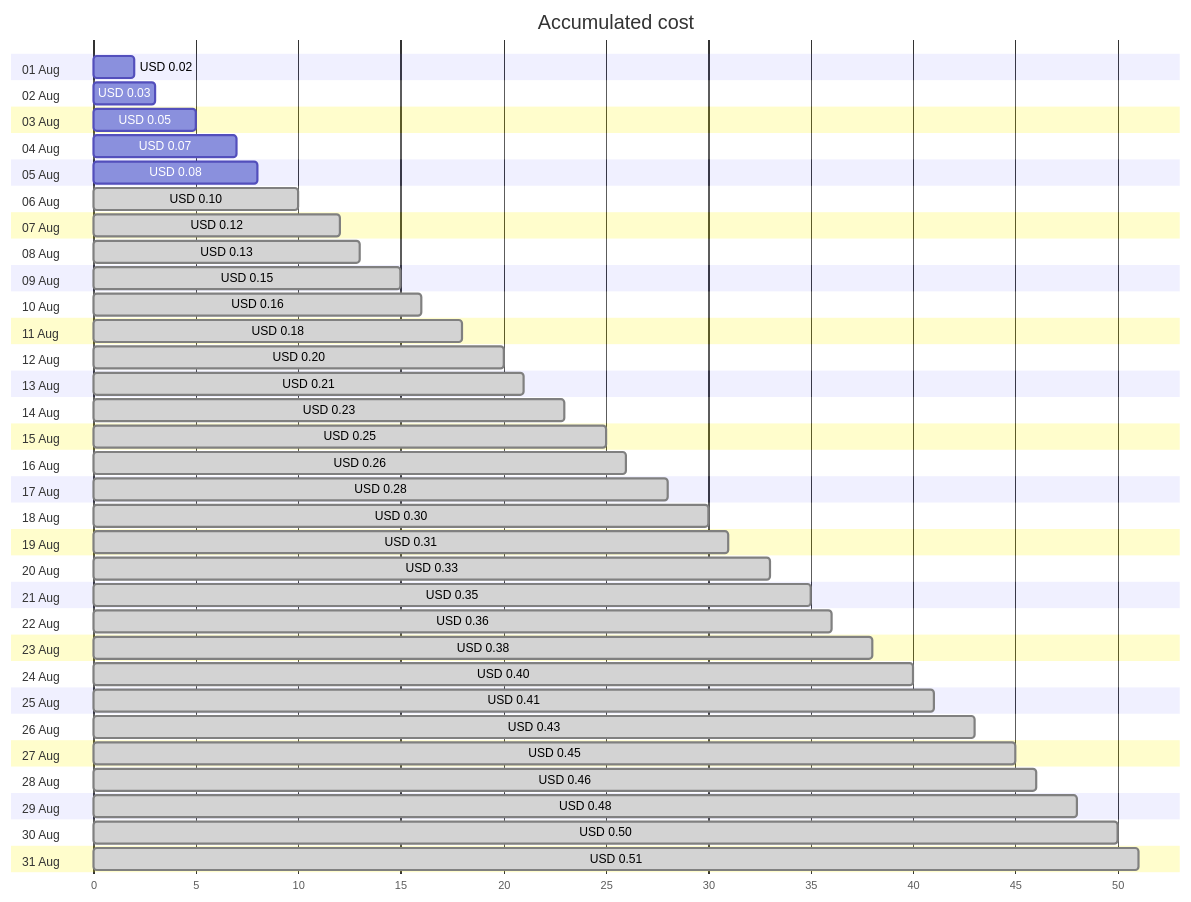
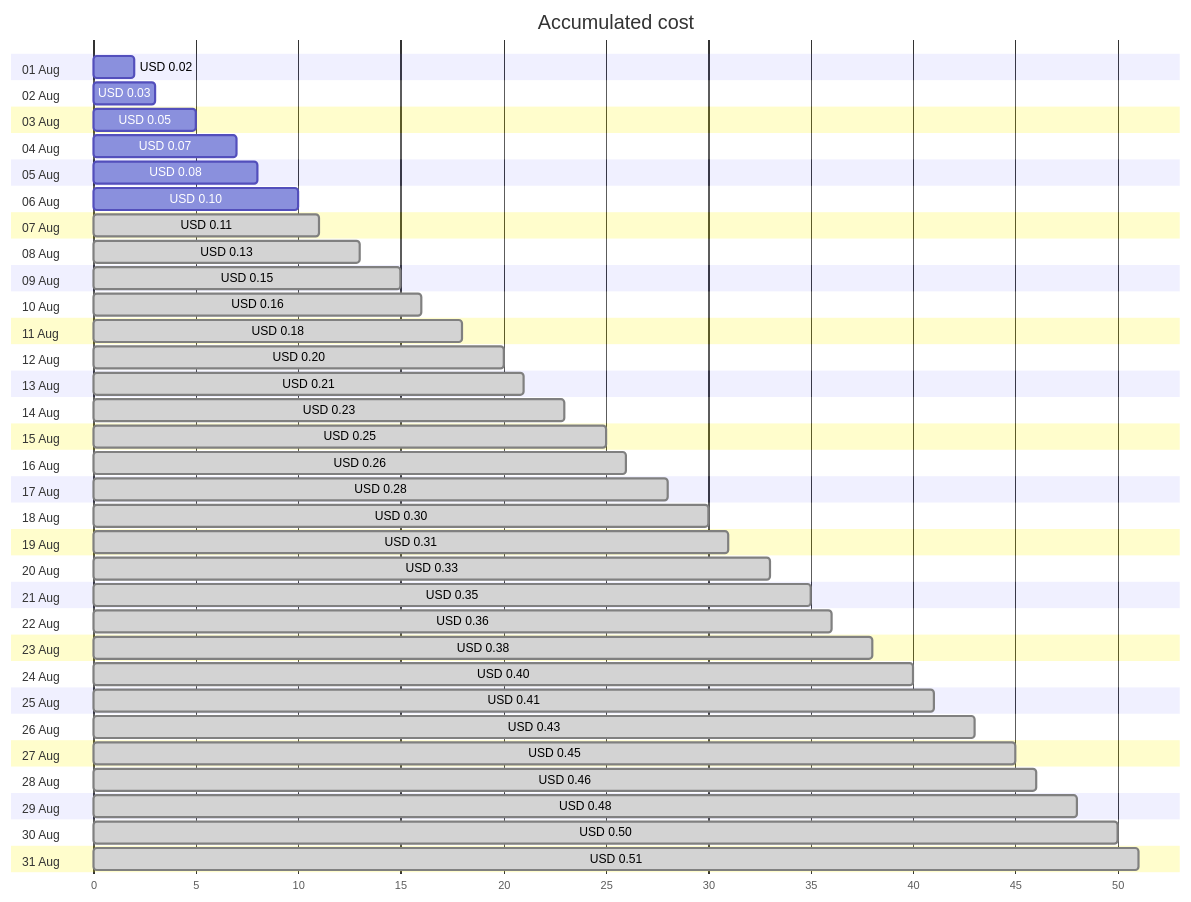
The first of 4 diagrams in cost-reports/personal-dns/jpatrickfulton.dev.md (jpfulton/azure-personal-reports), drawn with Mermaid before and after one commit. The commit also changed other lines of this file and 2 other files, not shown here.

````diff
--- a/cost-reports/personal-dns/jpatrickfulton.dev.md
+++ b/cost-reports/personal-dns/jpatrickfulton.dev.md
@@ -20,68 +20,68 @@
 ```mermaid
 gantt
    title Accumulated cost
    dateFormat  X
    axisFormat %s
    section 01 Aug
    USD 0.02 :0, 2
    section 02 Aug
    USD 0.03 :0, 3
    section 03 Aug
    USD 0.05 :0, 5
    section 04 Aug
    USD 0.07 :0, 7
    section 05 Aug
    USD 0.08 :0, 8
    section 06 Aug
-   USD 0.10 : done, 0, 10
+   USD 0.10 :0, 10
    section 07 Aug
-   USD 0.12 : done, 0, 12
+   USD 0.11 : done, 0, 11
    section 08 Aug
    USD 0.13 : done, 0, 13
    section 09 Aug
    USD 0.15 : done, 0, 15
    section 10 Aug
    USD 0.16 : done, 0, 16
    section 11 Aug
    USD 0.18 : done, 0, 18
    section 12 Aug
    USD 0.20 : done, 0, 20
    section 13 Aug
    USD 0.21 : done, 0, 21
    section 14 Aug
    USD 0.23 : done, 0, 23
    section 15 Aug
    USD 0.25 : done, 0, 25
    section 16 Aug
    USD 0.26 : done, 0, 26
    section 17 Aug
    USD 0.28 : done, 0, 28
    section 18 Aug
    USD 0.30 : done, 0, 30
    section 19 Aug
    USD 0.31 : done, 0, 31
    section 20 Aug
    USD 0.33 : done, 0, 33
    section 21 Aug
    USD 0.35 : done, 0, 35
    section 22 Aug
    USD 0.36 : done, 0, 36
    section 23 Aug
    USD 0.38 : done, 0, 38
    section 24 Aug
    USD 0.40 : done, 0, 40
    section 25 Aug
    USD 0.41 : done, 0, 41
    section 26 Aug
    USD 0.43 : done, 0, 43
    section 27 Aug
    USD 0.45 : done, 0, 45
    section 28 Aug
    USD 0.46 : done, 0, 46
    section 29 Aug
    USD 0.48 : done, 0, 48
    section 30 Aug
    USD 0.50 : done, 0, 50
    section 31 Aug
    USD 0.51 : done, 0, 51
 ```
````
